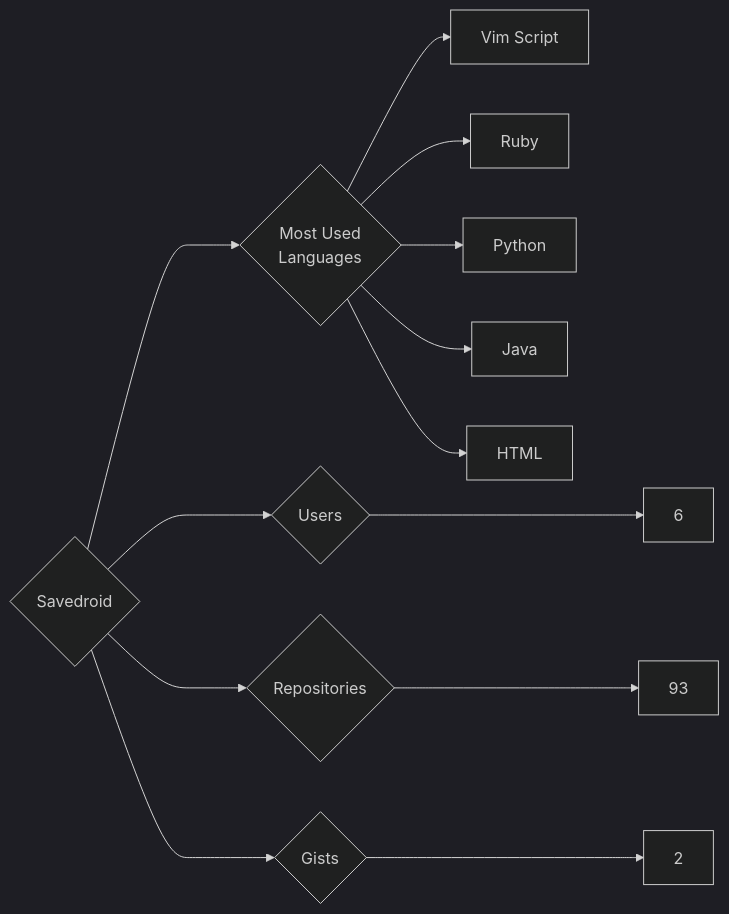
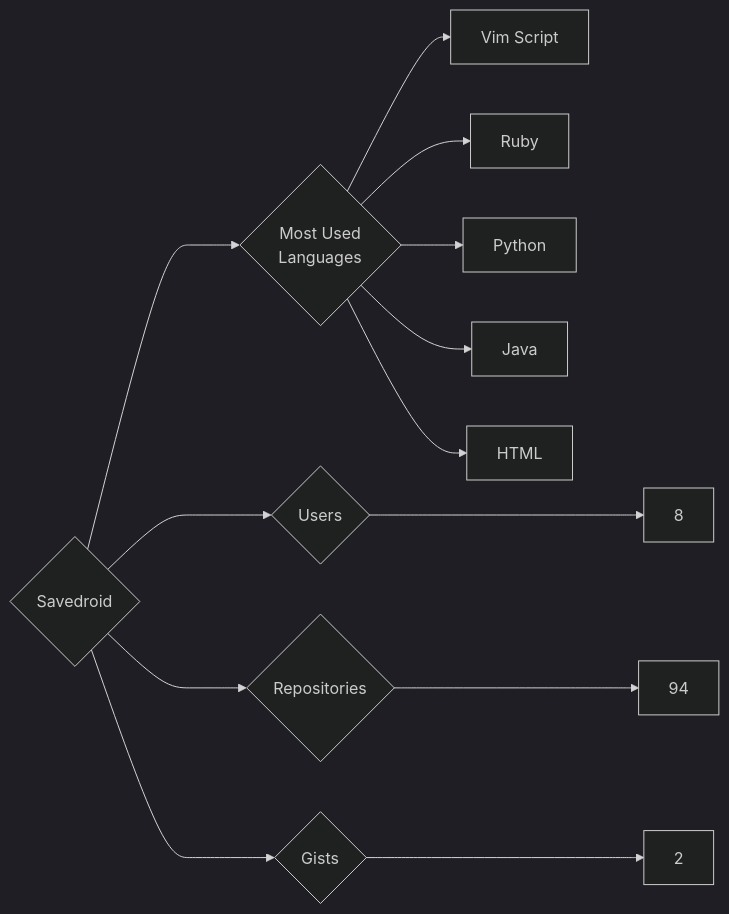
Before and after one commit to trickest/insiders: the diagram in targets/Savedroid/README.md, drawn with Mermaid (dark theme). The commit also changed 1389 other files, not shown here.

````diff
--- a/targets/Savedroid/README.md
+++ b/targets/Savedroid/README.md
@@ -3,13 +3,13 @@
 ```mermaid
 graph LR
 COMPANY_NAME{Savedroid}
-COMPANY_NAME ---> U{Users} ---> UN[6]
-COMPANY_NAME ---> R{Repositories} ---> RN[93]
+COMPANY_NAME ---> U{Users} ---> UN[8]
+COMPANY_NAME ---> R{Repositories} ---> RN[94]
 COMPANY_NAME ---> G{Gists} ---> GN[2]
 COMPANY_NAME ---> ML{Most Used<br>Languages}
 ML --> Vim_Script[Vim Script]
 ML --> Ruby[Ruby]
 ML --> Python[Python]
 ML --> Java[Java]
 ML --> HTML[HTML]
 ```
````
